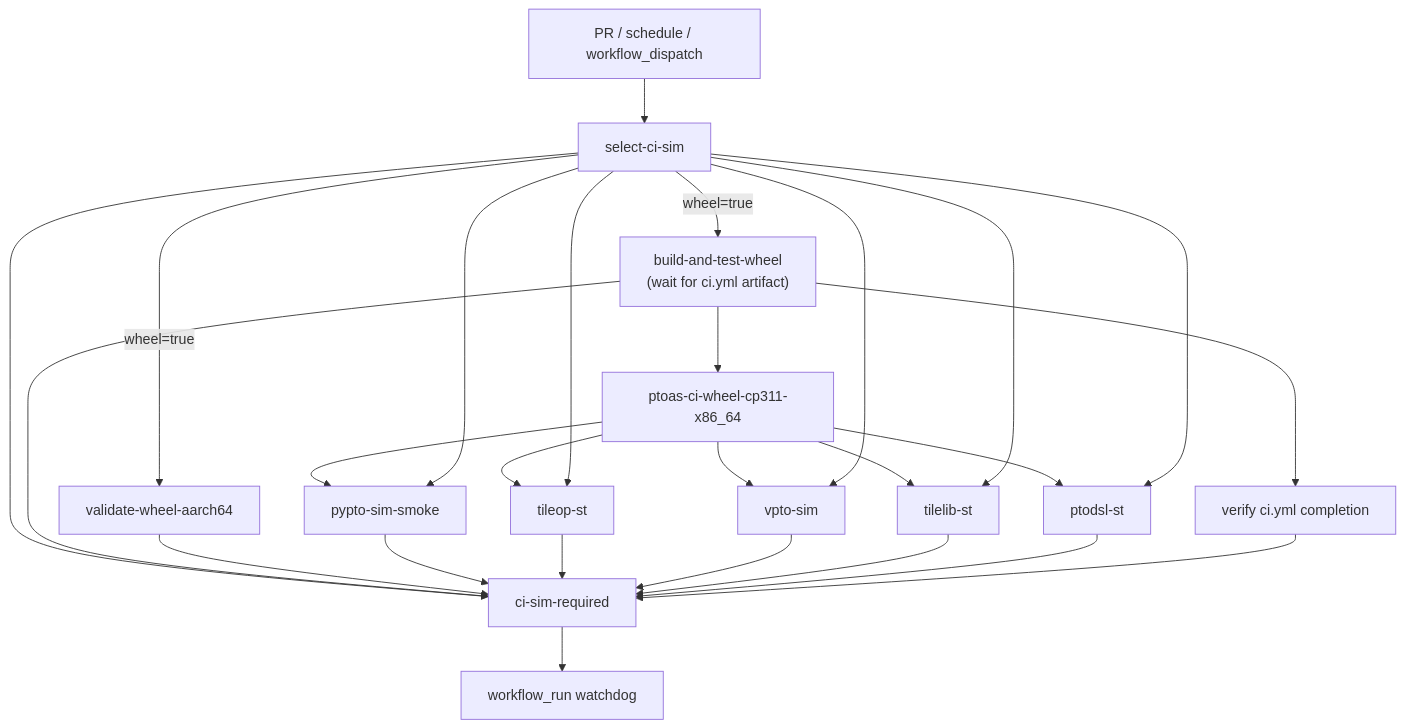
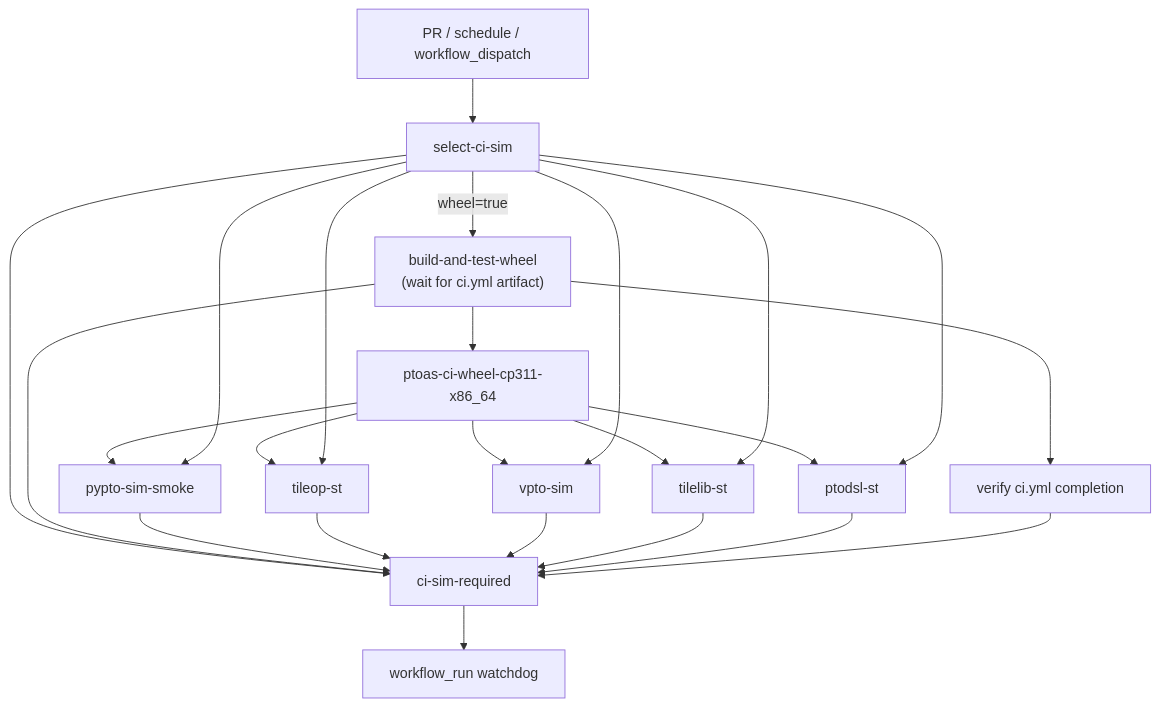
The second of 2 diagrams in docs/design/ci-wheel-fanout-workflow-design.md (Zhendong404/PTOAS), drawn with Mermaid before and after one commit. The commit also changed other lines of this file and 1 other file, not shown here.

Commit message:
ci: defer aarch64 wheel validation

````diff
--- a/docs/design/ci-wheel-fanout-workflow-design.md
+++ b/docs/design/ci-wheel-fanout-workflow-design.md
@@ -71,28 +72,26 @@
 ```mermaid
 flowchart TD
   Event["PR / schedule / workflow_dispatch"] --> Select["select-ci-sim"]
   Select -->|wheel=true| X86["build-and-test-wheel\n(wait for ci.yml artifact)"]
-  Select -->|wheel=true| ARM["validate-wheel-aarch64"]
   X86 --> Artifact["ptoas-ci-wheel-cp311-x86_64"]
   Artifact --> PyPTO["pypto-sim-smoke"]
   Artifact --> TileOp["tileop-st"]
   Artifact --> VPTO["vpto-sim"]
   Artifact --> TileLib["tilelib-st"]
   Artifact --> PTODSL["ptodsl-st"]
   Select --> PyPTO
   Select --> TileOp
   Select --> VPTO
   Select --> TileLib
   Select --> PTODSL
   Select --> Gate["ci-sim-required"]
   X86 --> Gate
-  ARM --> Gate
   PyPTO --> Gate
   TileOp --> Gate
   VPTO --> Gate
   TileLib --> Gate
   PTODSL --> Gate
   X86 --> Verify["verify ci.yml completion"]
   Verify --> Gate
   Gate --> Watchdog["workflow_run watchdog"]
 ```
````
